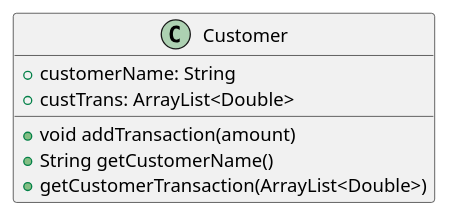
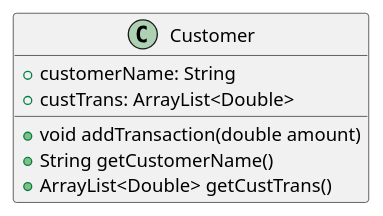
Before and after one commit to tedrosslyn/BankingCLI: the diagram in src/uk/co/rosslyn/ted/Customer.puml, drawn with PlantUML. The commit also changed 3 other files, not shown here.

```diff
--- a/src/uk/co/rosslyn/ted/Customer.puml
+++ b/src/uk/co/rosslyn/ted/Customer.puml
@@ -1,12 +1,12 @@
 @startuml
 
 class Customer {
     +customerName: String
     +custTrans: ArrayList<Double>
-    +void addTransaction(amount)
+    +void addTransaction(double amount)
     +String getCustomerName()
-    +getCustomerTransaction(ArrayList<Double>)
+    +ArrayList<Double> getCustTrans()
 
 }
 
 @enduml
```
